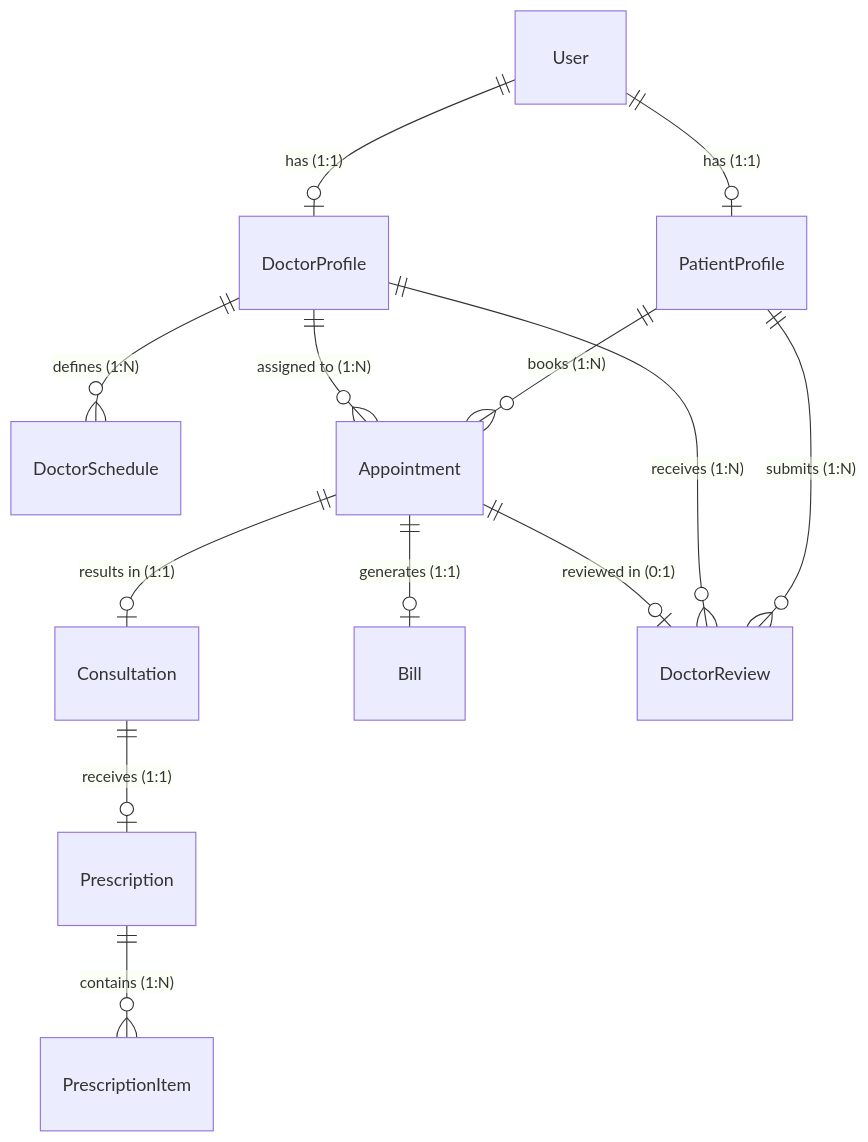
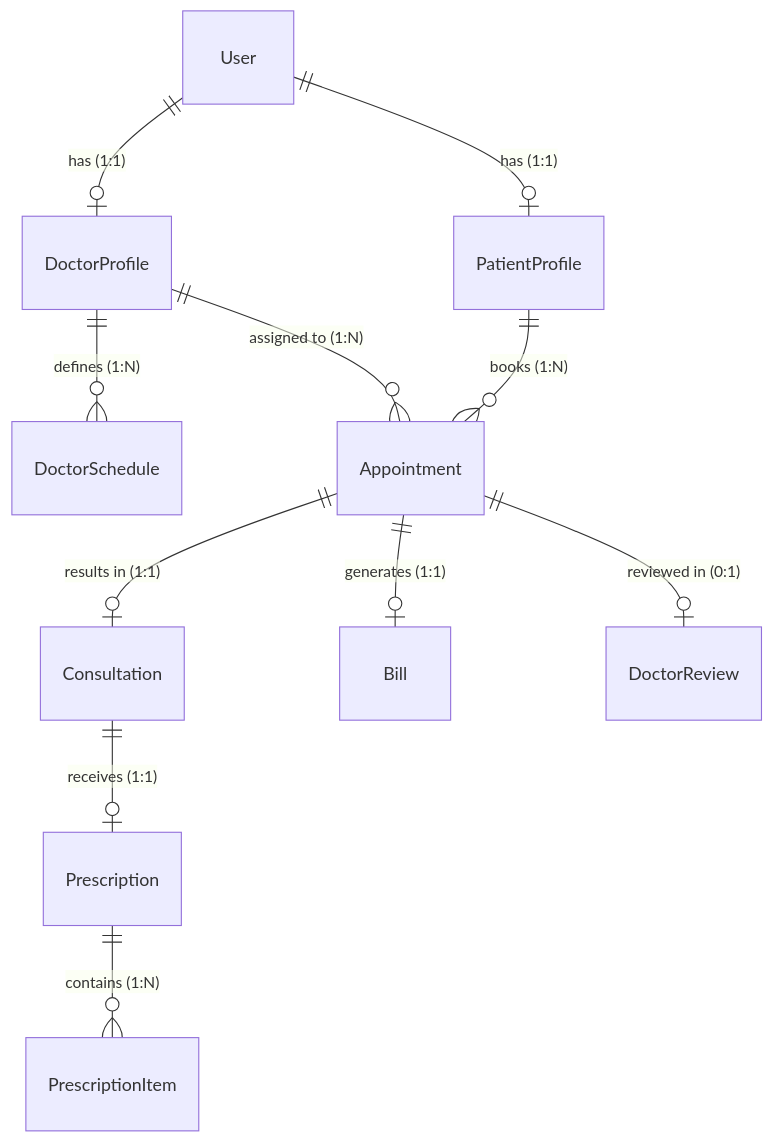
Before and after one commit to hamzahameed4322/MediFlow: the second of 2 diagrams in README.md, drawn with Mermaid. The commit also changed other lines of this file, not shown here.

Commit message:
docs: remove styling row from infrastructure table and untangle ER diagram

````diff
--- a/README.md
+++ b/README.md
@@ -160,15 +159,13 @@
 ```mermaid
 erDiagram
+    User ||--o| DoctorProfile : "has (1:1)"
     User ||--o| PatientProfile : "has (1:1)"
-    User ||--o| DoctorProfile : "has (1:1)"
     DoctorProfile ||--o{ DoctorSchedule : "defines (1:N)"
+    DoctorProfile ||--o{ Appointment : "assigned to (1:N)"
     PatientProfile ||--o{ Appointment : "books (1:N)"
-    DoctorProfile ||--o{ Appointment : "assigned to (1:N)"
     Appointment ||--o| Consultation : "results in (1:1)"
     Appointment ||--o| Bill : "generates (1:1)"
+    Appointment ||--o| DoctorReview : "reviewed in (0:1)"
     Consultation ||--o| Prescription : "receives (1:1)"
     Prescription ||--o{ PrescriptionItem : "contains (1:N)"
-    PatientProfile ||--o{ DoctorReview : "submits (1:N)"
-    DoctorProfile ||--o{ DoctorReview : "receives (1:N)"
-    Appointment ||--o| DoctorReview : "reviewed in (0:1)"
 ```
````
